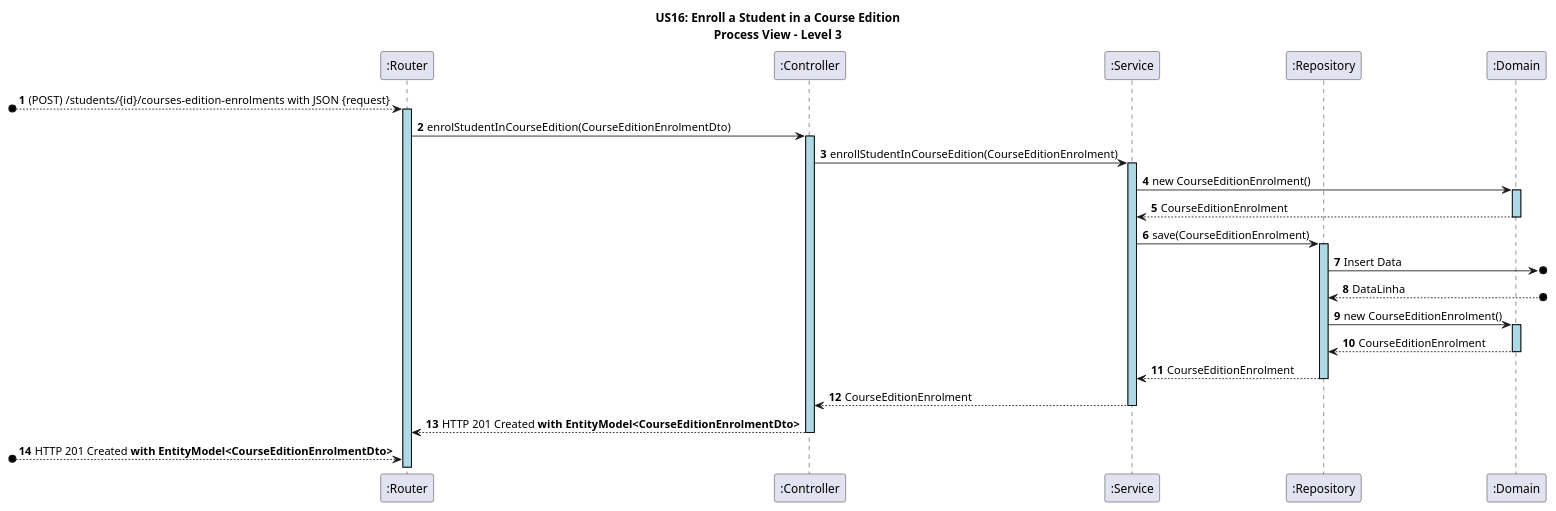
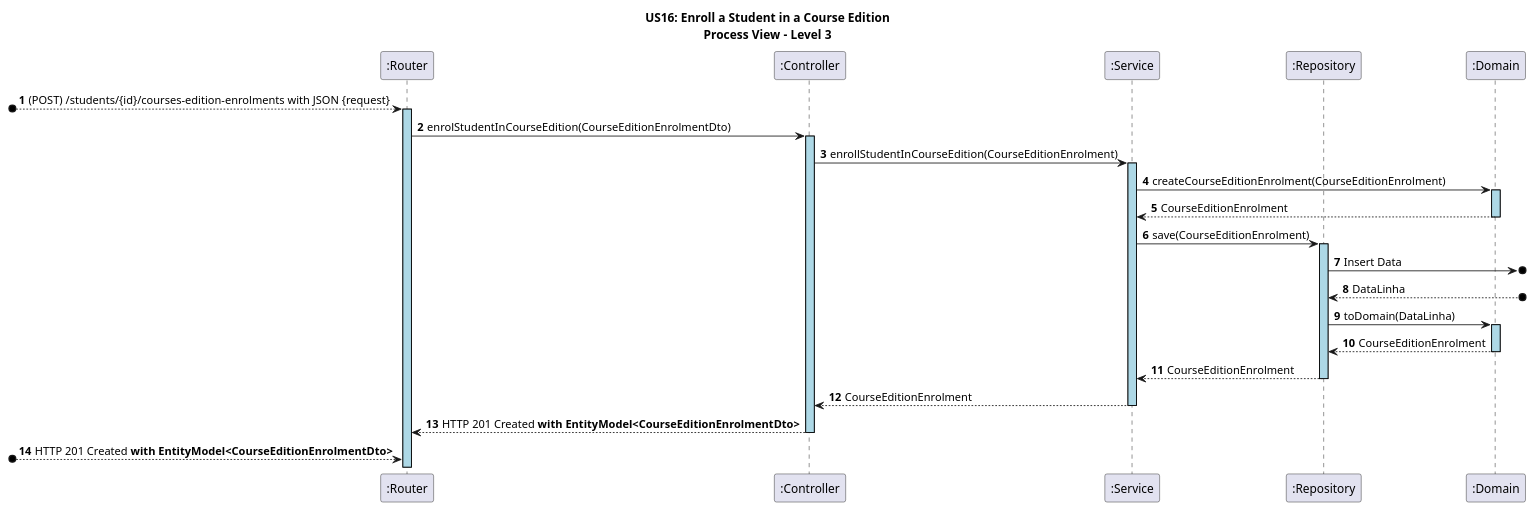
The diagram in docs/US16/sprint6_RestController/process_view/Level3.puml (GasparISEP/DevOps-PAI), drawn with PlantUML before and after one commit.

Commit message:
refactor(Level3.puml): rename methods for clarity in CourseEditionEnrolment process flow. #659 #684

```diff
--- a/docs/US16/sprint6_RestController/process_view/Level3.puml
+++ b/docs/US16/sprint6_RestController/process_view/Level3.puml
@@ -1,47 +1,47 @@
 @startuml
 autonumber
 
 skinparam sequence {
     LifelineBorderColor black
     LifelineBackgroundColor LightBlue
     ActorBorderColor black
     ActorBackgroundColor LightGray
 }
 
 title US16: Enroll a Student in a Course Edition\nProcess View – Level 3
 
 participant ":Router" as RT
 participant ":Controller" as CT
 participant ":Service" as SE
 participant ":Repository" as RE
 participant ":Domain" as DM
 
 
  [o--> RT ++: (POST) /students/{id}/courses-edition-enrolments with JSON {request}
 RT -> CT ++: enrolStudentInCourseEdition(CourseEditionEnrolmentDto)
 
 CT -> SE ++: enrollStudentInCourseEdition(CourseEditionEnrolment)
 
 
-SE -> DM ++: new CourseEditionEnrolment()
+SE -> DM ++: createCourseEditionEnrolment(CourseEditionEnrolment)
 DM --> SE --: CourseEditionEnrolment
 
 SE -> RE ++: save(CourseEditionEnrolment)
 
 
 RE ->o]: Insert Data
 RE <--o]: DataLinha
 
 
-RE -> DM ++: new CourseEditionEnrolment()
+RE -> DM ++: toDomain(DataLinha)
 DM --> RE --: CourseEditionEnrolment
 
 RE --> SE --: CourseEditionEnrolment
 
 SE --> CT --: CourseEditionEnrolment
 
 CT --> RT --: HTTP 201 Created **with EntityModel<CourseEditionEnrolmentDto>**
 
 [o-->  RT: HTTP 201 Created **with EntityModel<CourseEditionEnrolmentDto>**
 
 @enduml
```
